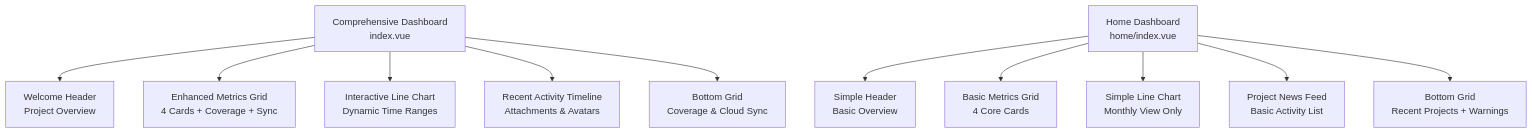
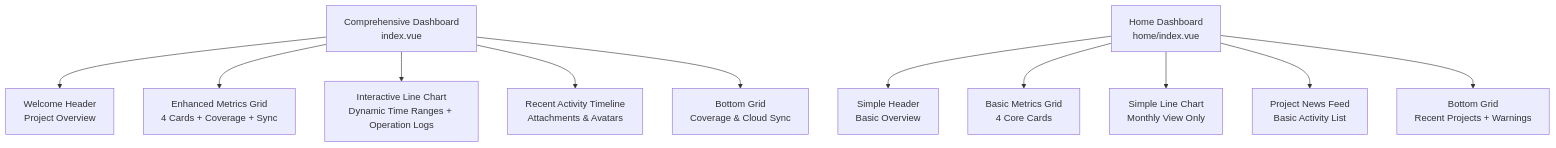
The first of 4 diagrams in .qoder/repowiki/en/content/Desktop Admin Interface/Dashboard & Analytics.md (bo961386926/Survey-App), drawn with Mermaid before and after one commit. The commit also changed other lines of this file and 19 other files, not shown here.

````diff
--- a/.qoder/repowiki/en/content/Desktop Admin Interface/Dashboard & Analytics.md
+++ b/.qoder/repowiki/en/content/Desktop Admin Interface/Dashboard & Analytics.md
@@ -51,13 +50,13 @@
 ```mermaid
 graph TB
 Dashboard["Comprehensive Dashboard<br/>index.vue"] --> Header["Welcome Header<br/>Project Overview"]
 Dashboard --> Metrics["Enhanced Metrics Grid<br/>4 Cards + Coverage + Sync"]
-Dashboard --> Charts["Interactive Line Chart<br/>Dynamic Time Ranges"]
+Dashboard --> Charts["Interactive Line Chart<br/>Dynamic Time Ranges + Operation Logs"]
 Dashboard --> Activity["Recent Activity Timeline<br/>Attachments & Avatars"]
 Dashboard --> BottomGrid["Bottom Grid<br/>Coverage & Cloud Sync"]
 HomeDashboard["Home Dashboard<br/>home/index.vue"] --> HomeHeader["Simple Header<br/>Basic Overview"]
 HomeDashboard --> HomeMetrics["Basic Metrics Grid<br/>4 Core Cards"]
 HomeDashboard --> HomeCharts["Simple Line Chart<br/>Monthly View Only"]
 HomeDashboard --> HomeActivity["Project News Feed<br/>Basic Activity List"]
 HomeDashboard --> HomeBottom["Bottom Grid<br/>Recent Projects + Warnings"]
 ```
````
